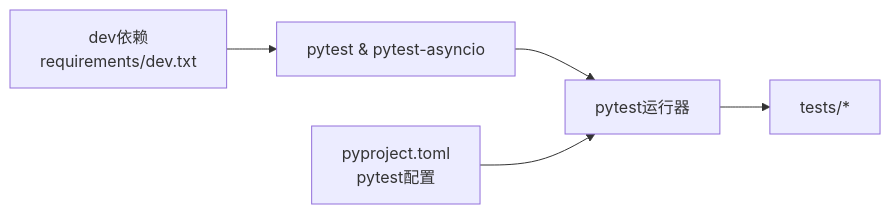
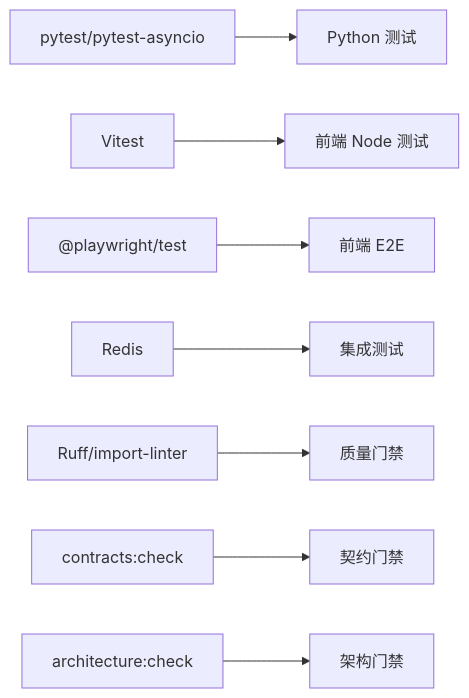
One commit to gongzili456/DeepTutor changed the sixth of 6 diagrams in .qoder/repowiki/zh/content/测试策略/测试策略.md. Above: the diagram before and after it, drawn with Mermaid. The commit also changed other lines of this file and 1242 other files, not shown here.

````diff
--- a/.qoder/repowiki/zh/content/测试策略/测试策略.md
+++ b/.qoder/repowiki/zh/content/测试策略/测试策略.md
@@ -239,7 +268,10 @@
 ```mermaid
 graph LR
-Dev["dev依赖<br/>requirements/dev.txt"] --> Pytest["pytest & pytest-asyncio"]
-Pytest --> Runner["pytest运行器"]
-Runner --> Tests["tests/*"]
-Conf["pyproject.toml<br/>pytest配置"] --> Runner
+PyTest["pytest/pytest-asyncio"] --> Tests["Python 测试"]
+Vitest["Vitest"] --> WebTests["前端 Node 测试"]
+Playwright["@playwright/test"] --> E2E["前端 E2E"]
+Redis["Redis"] --> Integration["集成测试"]
+Lint["Ruff/import-linter"] --> Quality["质量门禁"]
+Contracts["contracts:check"] --> ContractsGate["契约门禁"]
+Arch["architecture:check"] --> ArchGate["架构门禁"]
 ```
````
